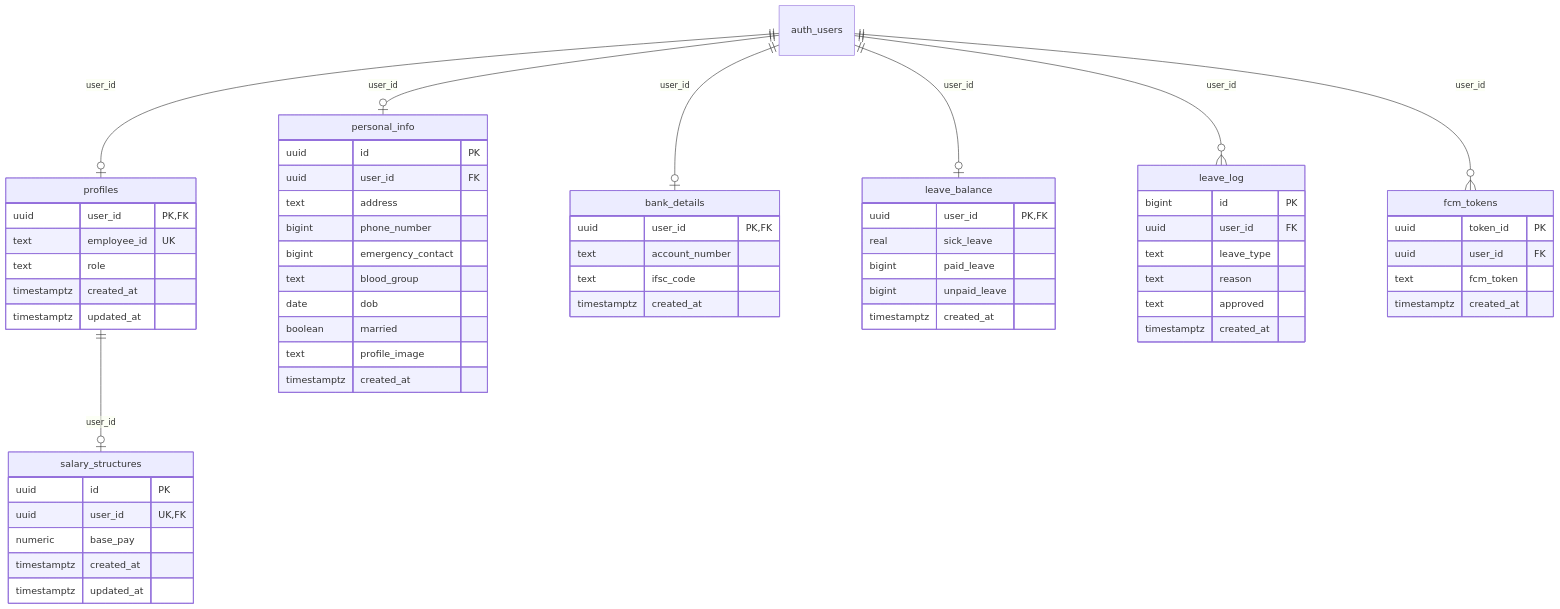
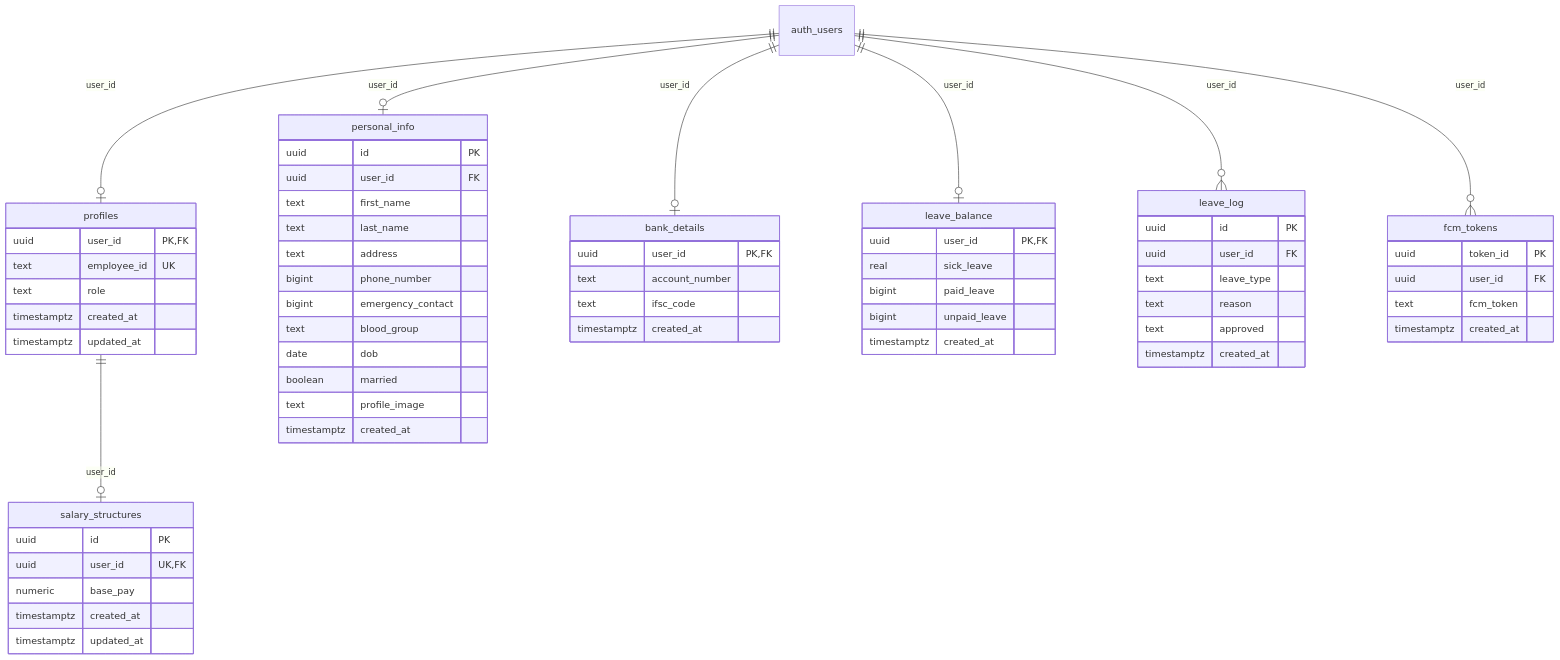
One commit to omkhanjodkar-dev/odoo-nmit-hackathon changed the diagram in docs/schema.md. Above: the diagram before and after it, drawn with Mermaid. The commit also changed other lines of this file, not shown here.

Commit message:
[update]: update schema

````diff
--- a/docs/schema.md
+++ b/docs/schema.md
@@ -11,70 +11,72 @@
 ```mermaid
 erDiagram
     auth_users ||--o| profiles : "user_id"
     auth_users ||--o| personal_info : "user_id"
     auth_users ||--o| bank_details : "user_id"
     auth_users ||--o| leave_balance : "user_id"
     auth_users ||--o{ leave_log : "user_id"
     auth_users ||--o{ fcm_tokens : "user_id"
     profiles ||--o| salary_structures : "user_id"
 
     profiles {
         uuid user_id PK, FK
         text employee_id UK
         text role
         timestamptz created_at
         timestamptz updated_at
     }
 
     personal_info {
         uuid id PK
         uuid user_id FK
+        text first_name
+        text last_name
         text address
         bigint phone_number
         bigint emergency_contact
         text blood_group
         date dob
         boolean married
         text profile_image
         timestamptz created_at
     }
 
     bank_details {
         uuid user_id PK, FK
         text account_number
         text ifsc_code
         timestamptz created_at
     }
 
     salary_structures {
         uuid id PK
         uuid user_id UK, FK
         numeric base_pay
         timestamptz created_at
         timestamptz updated_at
     }
 
     leave_balance {
         uuid user_id PK, FK
         real sick_leave
         bigint paid_leave
         bigint unpaid_leave
         timestamptz created_at
     }
 
     leave_log {
-        bigint id PK
+        uuid id PK
         uuid user_id FK
         text leave_type
         text reason
         text approved
         timestamptz created_at
     }
 
     fcm_tokens {
         uuid token_id PK
         uuid user_id FK
         text fcm_token
         timestamptz created_at
     }
 ```
````
